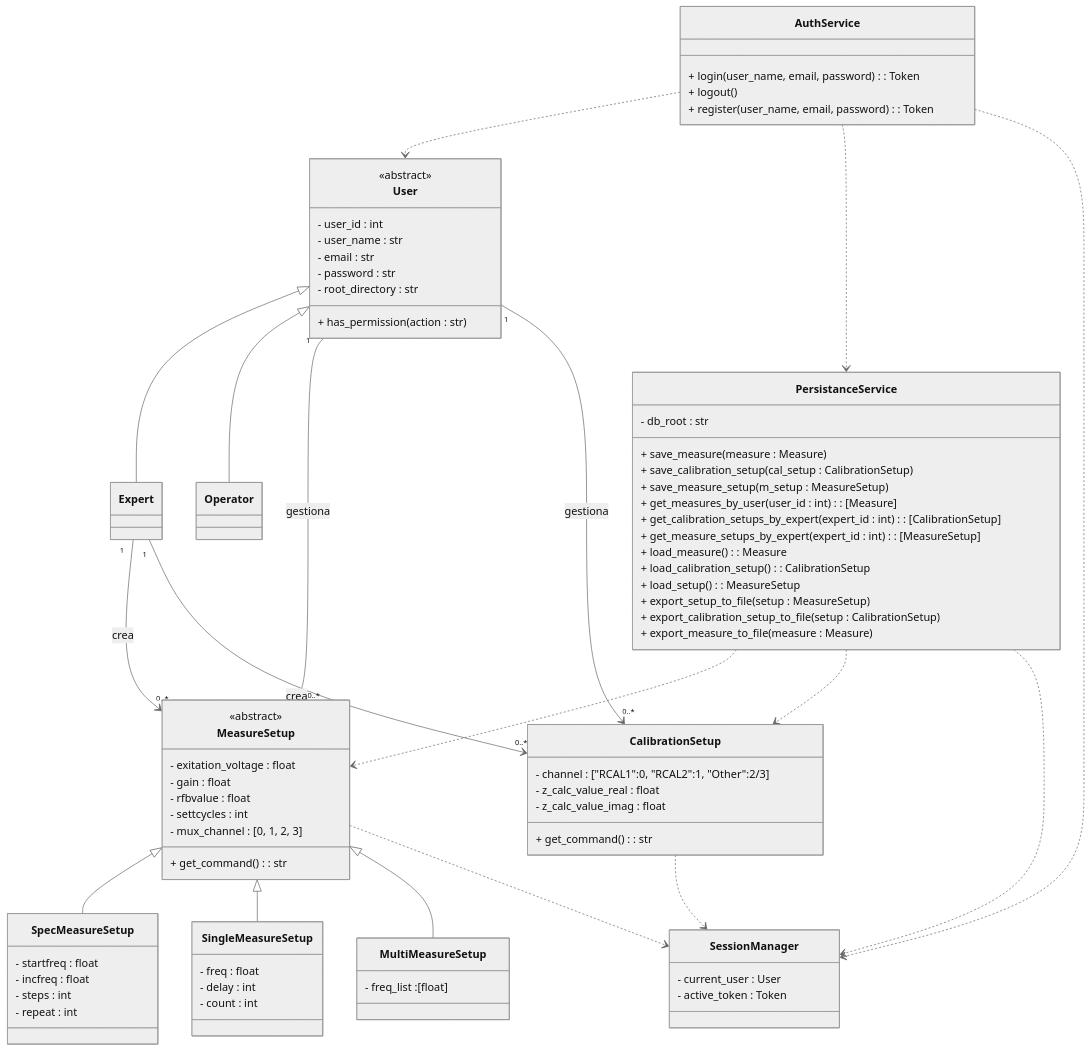
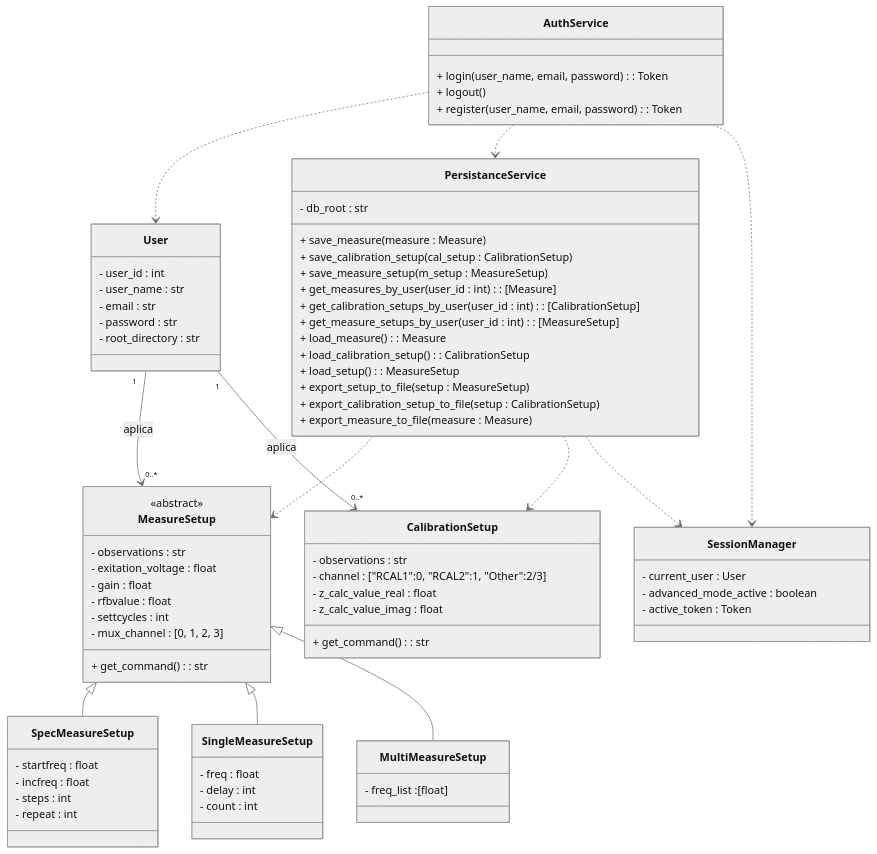
One commit to alegrelias/Repo-GMini changed the fifth of 6 diagrams in Gmini-MarkDown/Diagramas/Clases Conceptuales.md. Above: the diagram before and after it, drawn with Mermaid (neutral theme). The commit also changed other lines of this file, not shown here.

Commit message:
Se modifica diagrama de clases

````diff
--- a/Gmini-MarkDown/Diagramas/Clases Conceptuales.md
+++ b/Gmini-MarkDown/Diagramas/Clases Conceptuales.md
@@ -581,27 +546,18 @@
 classDiagram
 
 %% jerarquias
-User <|-- Expert
-User <|-- Operator
 
 MeasureSetup <|-- SpecMeasureSetup
 MeasureSetup <|-- SingleMeasureSetup
 MeasureSetup <|-- MultiMeasureSetup
 
 class User {
-	<<abstract>>
 	- user_id : int
 	- user_name : str
 	- email : str
 	- password : str
 	- root_directory : str
-	+ has_permission(action : str)
-}
-
-class Operator{
-
-}
-class Expert{
+	
 }
 
 class AuthService{
@@ -618,8 +574,8 @@
 	+ save_calibration_setup(cal_setup : CalibrationSetup)
 	+ save_measure_setup(m_setup : MeasureSetup)
 	+ get_measures_by_user(user_id : int) : [Measure]
-	+ get_calibration_setups_by_expert(expert_id : int) : [CalibrationSetup]
-	+ get_measure_setups_by_expert(expert_id : int) : [MeasureSetup]
+	+ get_calibration_setups_by_user(user_id : int) : [CalibrationSetup]
+	+ get_measure_setups_by_user(user_id : int) : [MeasureSetup]
 	  
 	%% operaciones en archivos
 	+ load_measure() : Measure
@@ -632,6 +588,7 @@
 
 class MeasureSetup {
 		<<abstract>>
+		- observations : str
 		- exitation_voltage : float
 		- gain : float
 		- rfbvalue : float
@@ -655,6 +612,7 @@
 }
 
 class CalibrationSetup{
+	- observations : str
 	- channel : ["RCAL1":0, "RCAL2":1, "Other":2/3]
 	- z_calc_value_real : float
 	- z_calc_value_imag : float
@@ -663,26 +621,19 @@
 
 class SessionManager{
 	- current_user : User
+	- advanced_mode_active : boolean
 	- active_token : Token
 }
 
 %% relaciones
-
-Expert "1"-->"0..*" MeasureSetup : crea
-Expert "1"-->"0..*" CalibrationSetup : crea
-
-User "1"-->"0..*" MeasureSetup : gestiona
-User "1"-->"0..*" CalibrationSetup : gestiona
+User "1"-->"0..*" MeasureSetup : aplica
+User "1"-->"0..*" CalibrationSetup : aplica
 
 AuthService ..> User
-AuthService ..>  PersistanceService
-AuthService ..>  SessionManager
+AuthService ..> PersistanceService
+AuthService ..> SessionManager
 
 PersistanceService ..> MeasureSetup
 PersistanceService ..> CalibrationSetup
 PersistanceService ..> SessionManager
-
-CalibrationSetup ..> SessionManager
-
-MeasureSetup ..> SessionManager
 ```
````
